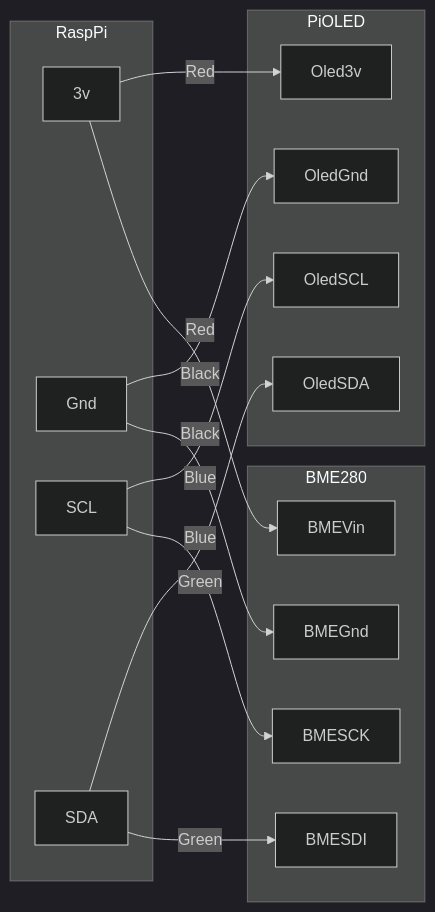
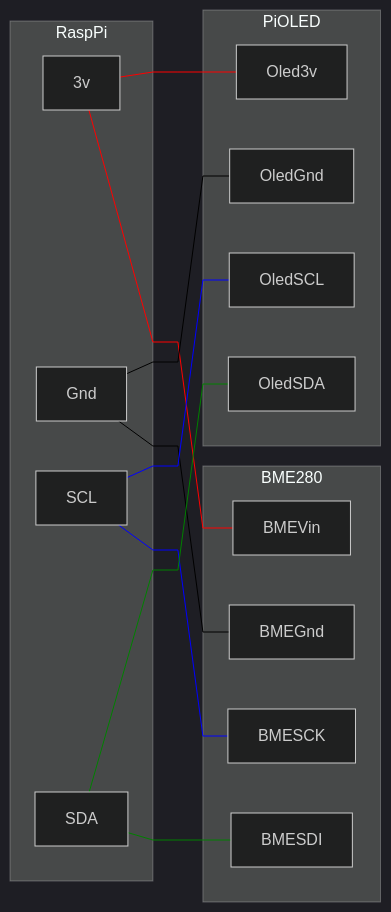
The diagram in docs/WiringDiagram.md (SotoDucani/go-pi-tempsensor), drawn with Mermaid (dark theme) before and after one commit.

Commit message:
Better with colors

````diff
--- a/docs/WiringDiagram.md
+++ b/docs/WiringDiagram.md
@@ -1,17 +1,23 @@
 ```mermaid
 flowchart LR
     subgraph RaspPi
         3v;Gnd;SCL;SDA
     end
     subgraph PiOLED
         Oled3v;OledSCL;OledSDA;OledGnd
     end
     subgraph BME280
         BMEVin;BMEGnd;BMESCK;BMESDI
     end
 
-    3v --Red--> Oled3v & BMEVin
-    Gnd --Black--> OledGnd & BMEGnd
-    SCL --Blue--> OledSCL & BMESCK
-    SDA --Green--> OledSDA & BMESDI
+    3v --- Oled3v & BMEVin
+    Gnd --- OledGnd & BMEGnd
+    SCL --- OledSCL & BMESCK
+    SDA --- OledSDA & BMESDI
+
+    linkStyle default interpolate linear;
+    linkStyle 0,1 stroke:red;
+    linkStyle 2,3 stroke:black;
+    linkStyle 4,5 stroke:blue;
+    linkStyle 6,7 stroke:green;
 ```
````
